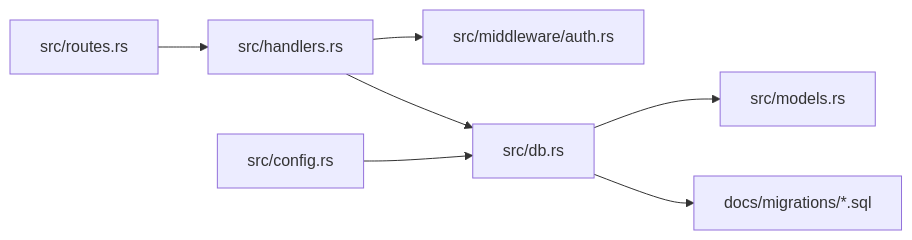
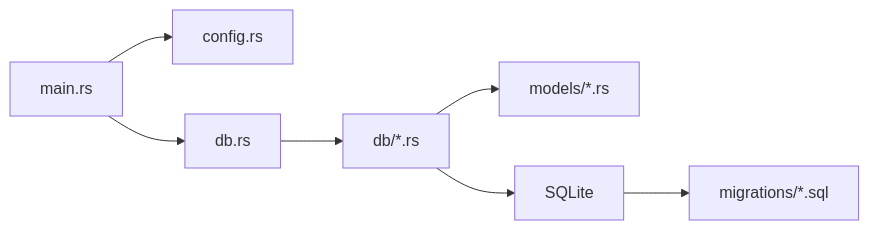
Before and after one commit to leimu-hue/AI-Trend-Tool: the fourth of 4 diagrams in .qoder/repowiki/zh/content/数据库设计/数据库设计.md, drawn with Mermaid. The commit also changed other lines of this file and 162 other files, not shown here.

````diff
--- a/.qoder/repowiki/zh/content/数据库设计/数据库设计.md
+++ b/.qoder/repowiki/zh/content/数据库设计/数据库设计.md
@@ -427,9 +314,9 @@
 ```mermaid
 graph LR
-Routes["src/routes.rs"] --> Handlers["src/handlers.rs"]
-Handlers --> Auth["src/middleware/auth.rs"]
-Handlers --> DB["src/db.rs"]
-DB --> Models["src/models.rs"]
-DB --> Migrations["docs/migrations/*.sql"]
-Config["src/config.rs"] --> DB
+MAIN["main.rs"] --> CFG["config.rs"]
+MAIN --> DBMOD["db.rs"]
+DBMOD --> DAO_ALL["db/*.rs"]
+DAO_ALL --> MODELS_ALL["models/*.rs"]
+DAO_ALL --> DB["SQLite"]
+DB --> MIG["migrations/*.sql"]
 ```
````
